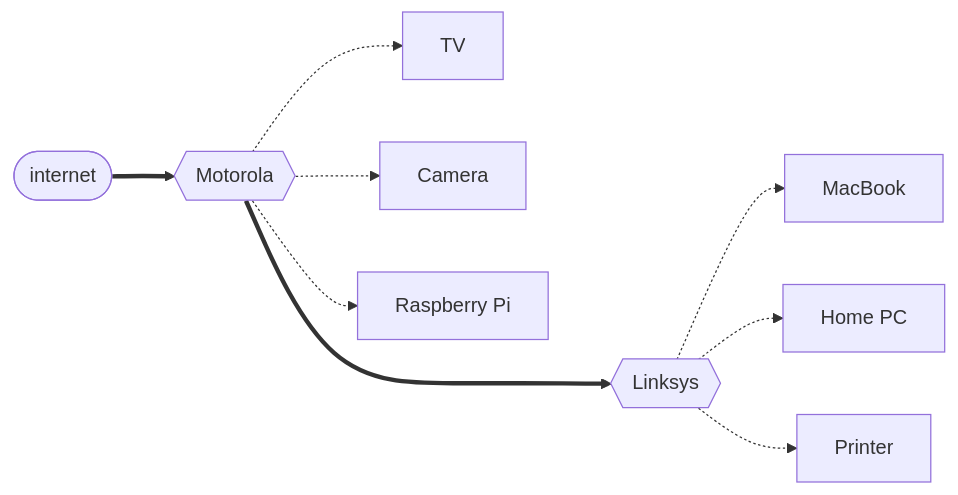
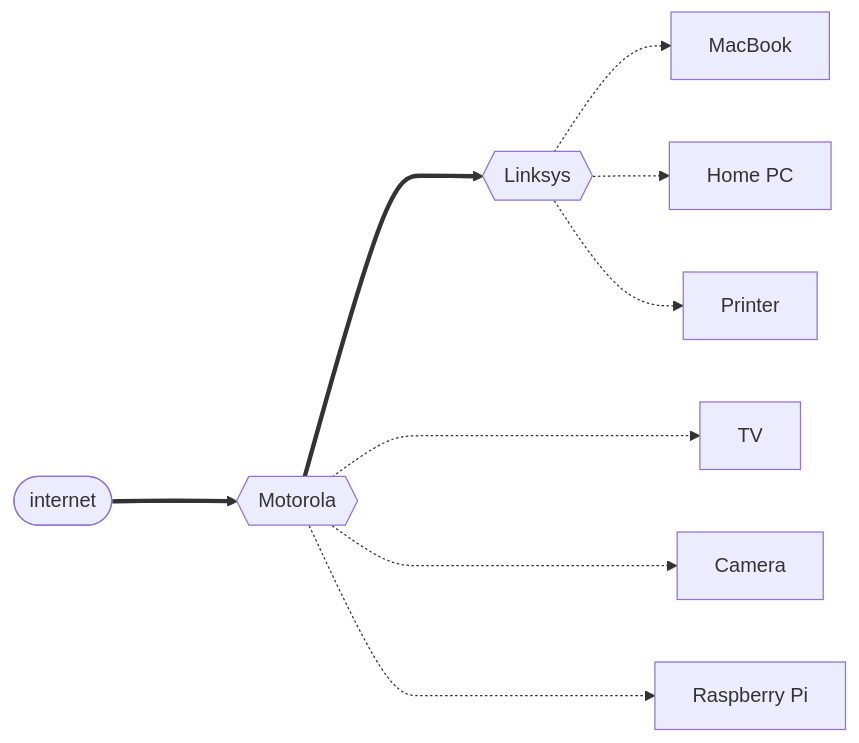
Before and after one commit to nicfv/Me: the diagram in docs/blog/posts/2024-04-28-gatekeep.md, drawn with Mermaid.

Commit message:
Tweak mermaid

````diff
--- a/docs/blog/posts/2024-04-28-gatekeep.md
+++ b/docs/blog/posts/2024-04-28-gatekeep.md
@@ -228,15 +228,15 @@
 ``` mermaid
 graph LR
 
-internet(["internet"])==>
+internet(["internet"])===>
 motorola{{"Motorola"}}===>
 linksys{{"Linksys"}}
 
-motorola-.->tv["TV"]
-motorola-.->cam["Camera"]
-motorola-.->pi["Raspberry Pi"]
+motorola-...->tv["TV"]
+motorola-...->cam["Camera"]
+motorola-...->pi["Raspberry Pi"]
 
 linksys-.->laptop["MacBook"]
 linksys-.->pc["Home PC"]
 linksys-.->print["Printer"]
 ```
````
